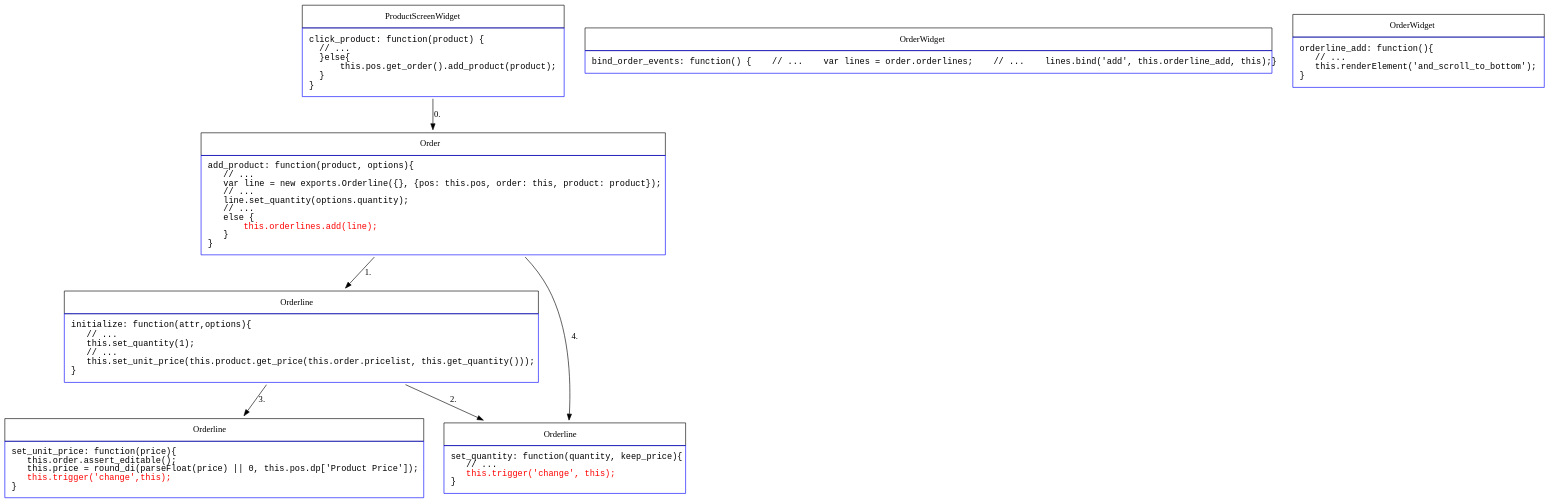
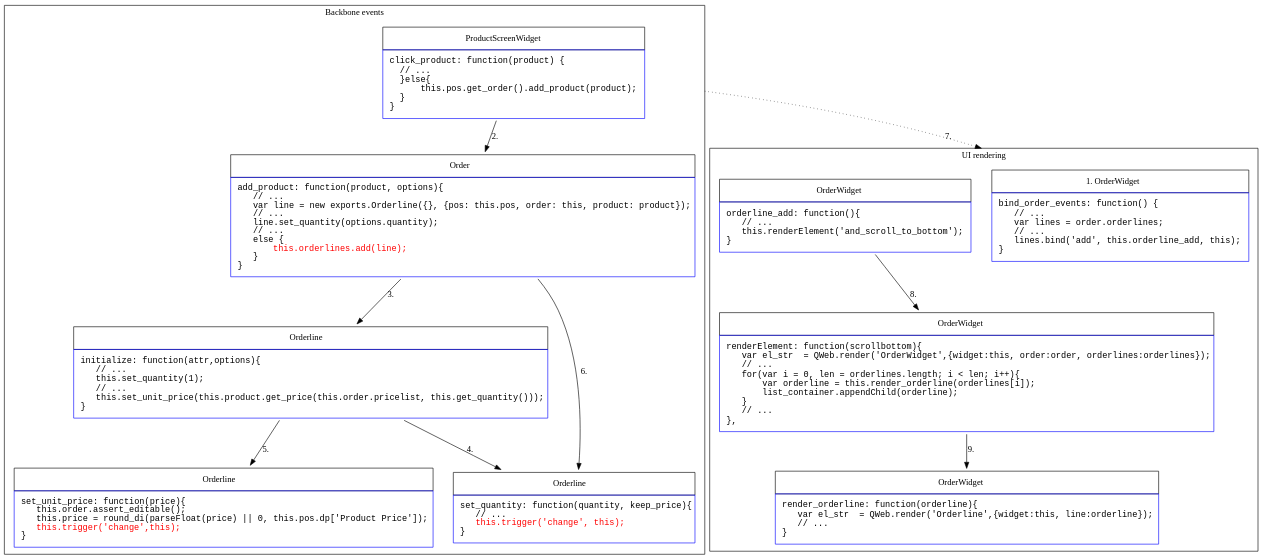
The diagram in pos/backbone_sequence.gv (jorenvo/notes), drawn with Graphviz before and after one commit. The commit also changed 1 other file, not shown here.

```diff
--- a/pos/backbone_sequence.gv
+++ b/pos/backbone_sequence.gv
@@ -1,119 +1,159 @@
 digraph d {
         bgcolor="transparent";
+        graph [compound=true];
         // rankdir="RL";
 
         // "website.layout" [shape=circle,style=wedged,fillcolor="red:blue"];
 
+        subgraph cluster_events {
+        label="Backbone events";
         click_product [shape=none, label=<
         <TABLE BORDER="0" CELLBORDER="1" CELLPADDING="10" CELLSPACING="0">
            <TR><TD>ProductScreenWidget</TD></TR>
            <TR>
              <TD COLOR="blue" ALIGN="left" BALIGN="left" HREF="https://github.com/odoo/odoo/blob/70fc0ff01386a04a33883293fa35d2233701a761/addons/point_of_sale/static/src/js/screens.js#L1087"><FONT FACE="monospace">
 click_product: function(product) {<BR/>
    // ...<BR/>
    }else{<BR/>
        this.pos.get_order().add_product(product);<BR/>
    }<BR/>
 }</FONT></TD>
 </TR>
         </TABLE>
         >];
 
         add_product [shape=none, label=<
         <TABLE BORDER="0" CELLBORDER="1" CELLPADDING="10" CELLSPACING="0">
            <TR><TD>Order</TD></TR>
            <TR>
              <TD COLOR="blue" ALIGN="left" BALIGN="left" HREF="https://github.com/odoo/odoo/blob/70fc0ff01386a04a33883293fa35d2233701a761/addons/point_of_sale/static/src/js/models.js#L2353"><FONT FACE="monospace">
 add_product: function(product, options){<BR/>
     // ...<BR/>
     var line = new exports.Orderline({}, {pos: this.pos, order: this, product: product});<BR/>
     // ...<BR/>
     line.set_quantity(options.quantity);<BR/>
     // ...<BR/>
     else {<BR/>
        <FONT FACE="monospace" COLOR="red">this.orderlines.add(line);</FONT><BR/>
     }<BR/>
 }</FONT></TD>
 </TR>
         </TABLE>
         >];
 
         orderline_initialize [shape=none, label=<
         <TABLE BORDER="0" CELLBORDER="1" CELLPADDING="10" CELLSPACING="0">
            <TR><TD>Orderline</TD></TR>
            <TR>
              <TD COLOR="blue" ALIGN="left" BALIGN="left" HREF="https://github.com/odoo/odoo/blob/70fc0ff01386a04a33883293fa35d2233701a761/addons/point_of_sale/static/src/js/models.js#L1342"><FONT FACE="monospace">
 initialize: function(attr,options){<BR/>
     // ...<BR/>
     this.set_quantity(1);<BR/>
     // ...<BR/>
     this.set_unit_price(this.product.get_price(this.order.pricelist, this.get_quantity()));<BR/>
 }</FONT></TD>
 </TR>
         </TABLE>
         >];
 
         orderline_set_unit_price [shape=none, label=<
         <TABLE BORDER="0" CELLBORDER="1" CELLPADDING="10" CELLSPACING="0">
            <TR><TD>Orderline</TD></TR>
            <TR>
              <TD COLOR="blue" ALIGN="left" BALIGN="left" HREF="https://github.com/odoo/odoo/blob/70fc0ff01386a04a33883293fa35d2233701a761/addons/point_of_sale/static/src/js/models.js#L1645"><FONT FACE="monospace">
 set_unit_price: function(price){<BR/>
     this.order.assert_editable();<BR/>
     this.price = round_di(parseFloat(price) || 0, this.pos.dp['Product Price']);<BR/>
    <FONT FACE="monospace" COLOR="red">this.trigger('change',this);</FONT><BR/>
 }</FONT></TD>
 </TR>
         </TABLE>
         >];
 
         orderline_set_quantity [shape=none, label=<
         <TABLE BORDER="0" CELLBORDER="1" CELLPADDING="10" CELLSPACING="0">
            <TR><TD>Orderline</TD></TR>
            <TR>
              <TD COLOR="blue" ALIGN="left" BALIGN="left" HREF="https://github.com/odoo/odoo/blob/70fc0ff01386a04a33883293fa35d2233701a761/addons/point_of_sale/static/src/js/models.js#L1425"><FONT FACE="monospace">
 set_quantity: function(quantity, keep_price){<BR/>
     // ...<BR/>
    <FONT FACE="monospace" COLOR="red">this.trigger('change', this);</FONT><BR/>
 }</FONT></TD>
 </TR>
         </TABLE>
         >];
 
-        // rendering
+        click_product -> add_product [label="2."];
+        add_product -> orderline_initialize [label="3."];
+        orderline_initialize -> orderline_set_quantity [label="4."];
+        orderline_initialize -> orderline_set_unit_price [label="5."];
+        add_product -> orderline_set_quantity [label="6."];
+        }
+
+        subgraph cluster_rendering {
+        label="UI rendering";
         render_orderwidget_bind [shape=none, label=<
         <TABLE BORDER="0" CELLBORDER="1" CELLPADDING="10" CELLSPACING="0">
-           <TR><TD>OrderWidget</TD></TR>
+           <TR><TD>1. OrderWidget</TD></TR>
            <TR>
              <TD COLOR="blue" ALIGN="left" BALIGN="left" HREF="https://github.com/odoo/odoo/blob/70fc0ff01386a04a33883293fa35d2233701a761/addons/point_of_sale/static/src/js/screens.js#L594"><FONT FACE="monospace">
-bind_order_events: function() {
-    // ...
-    var lines = order.orderlines;
-    // ...
-    lines.bind('add', this.orderline_add, this);
+bind_order_events: function() {<BR/>
+    // ...<BR/>
+    var lines = order.orderlines;<BR/>
+    // ...<BR/>
+    lines.bind('add', this.orderline_add, this);<BR/>
 }</FONT></TD>
 </TR>
     </TABLE>
     >];
 
-    render_orderline_add [shape=none, label=<
+        render_orderline_add [shape=none, label=<
         <TABLE BORDER="0" CELLBORDER="1" CELLPADDING="10" CELLSPACING="0">
            <TR><TD>OrderWidget</TD></TR>
            <TR>
              <TD COLOR="blue" ALIGN="left" BALIGN="left" HREF="https://github.com/odoo/odoo/blob/70fc0ff01386a04a33883293fa35d2233701a761/addons/point_of_sale/static/src/js/screens.js#L581"><FONT FACE="monospace">
 orderline_add: function(){<BR/>
     // ...<BR/>
     this.renderElement('and_scroll_to_bottom');<BR/>
 }</FONT></TD>
 </TR>
         </TABLE>
         >];
 
-        click_product -> add_product [label="0."];
-        add_product -> orderline_initialize [label="1."];
-        orderline_initialize -> orderline_set_quantity [label="2."];
-        orderline_initialize -> orderline_set_unit_price [label="3."];
-        add_product -> orderline_set_quantity [label="4."];
+        render_element [shape=none, label=<
+        <TABLE BORDER="0" CELLBORDER="1" CELLPADDING="10" CELLSPACING="0">
+           <TR><TD>OrderWidget</TD></TR>
+           <TR>
+             <TD COLOR="blue" ALIGN="left" BALIGN="left" HREF="https://github.com/odoo/odoo/blob/70fc0ff01386a04a33883293fa35d2233701a761/addons/point_of_sale/static/src/js/screens.js#L645"><FONT FACE="monospace">
+renderElement: function(scrollbottom){<BR/>
+    var el_str  = QWeb.render('OrderWidget',{widget:this, order:order, orderlines:orderlines});<BR/>
+    // ...<BR/>
+    for(var i = 0, len = orderlines.length; i &lt; len; i++){<BR/>
+        var orderline = this.render_orderline(orderlines[i]);<BR/>
+        list_container.appendChild(orderline);<BR/>
+    }<BR/>
+    // ...<BR/>
+},</FONT></TD>
+</TR>
+        </TABLE>
+        >];
 
-        
+        render_orderline [shape=none, label=<
+        <TABLE BORDER="0" CELLBORDER="1" CELLPADDING="10" CELLSPACING="0">
+           <TR><TD>OrderWidget</TD></TR>
+           <TR>
+             <TD COLOR="blue" ALIGN="left" BALIGN="left" HREF="https://github.com/odoo/odoo/blob/70fc0ff01386a04a33883293fa35d2233701a761/addons/point_of_sale/static/src/js/screens.js#L610"><FONT FACE="monospace">
+render_orderline: function(orderline){<BR/>
+    var el_str  = QWeb.render('Orderline',{widget:this, line:orderline});<BR/>
+    // ...<BR/>
+}</FONT></TD>
+</TR>
+        </TABLE>
+        >];
+
+        render_orderline_add -> render_element [label="8."];
+        render_element -> render_orderline [label="9."];
+        }
+
+        click_product -> render_orderwidget_bind [label="7.", style="dotted", ltail=cluster_events, lhead=cluster_rendering];
 }
```
